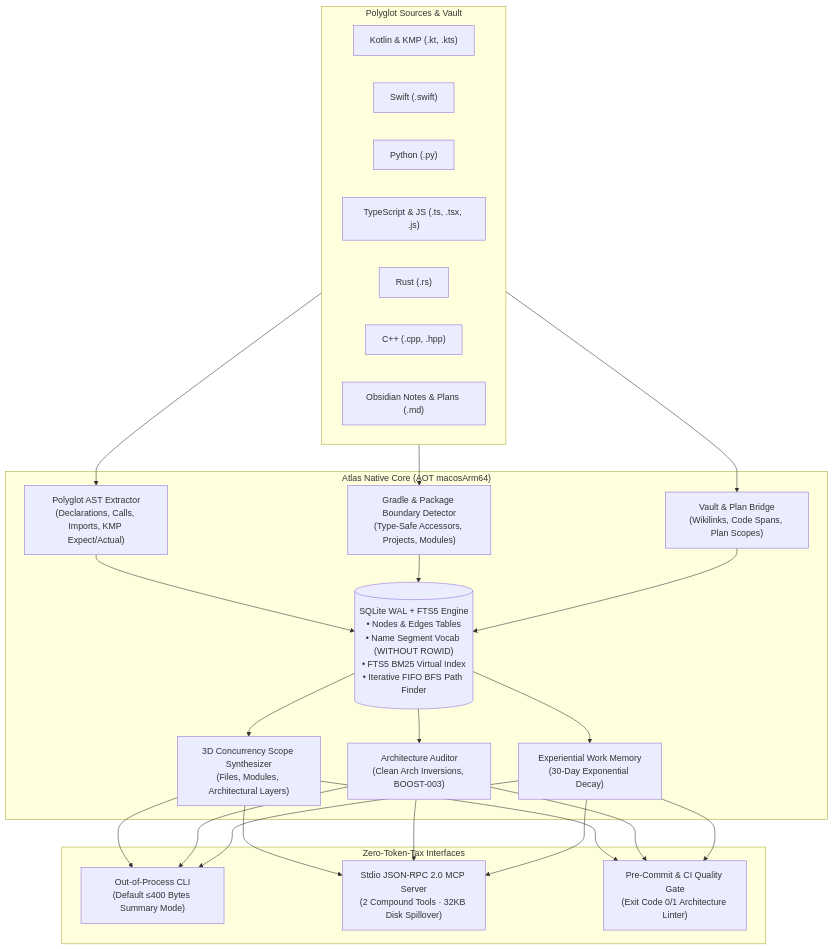
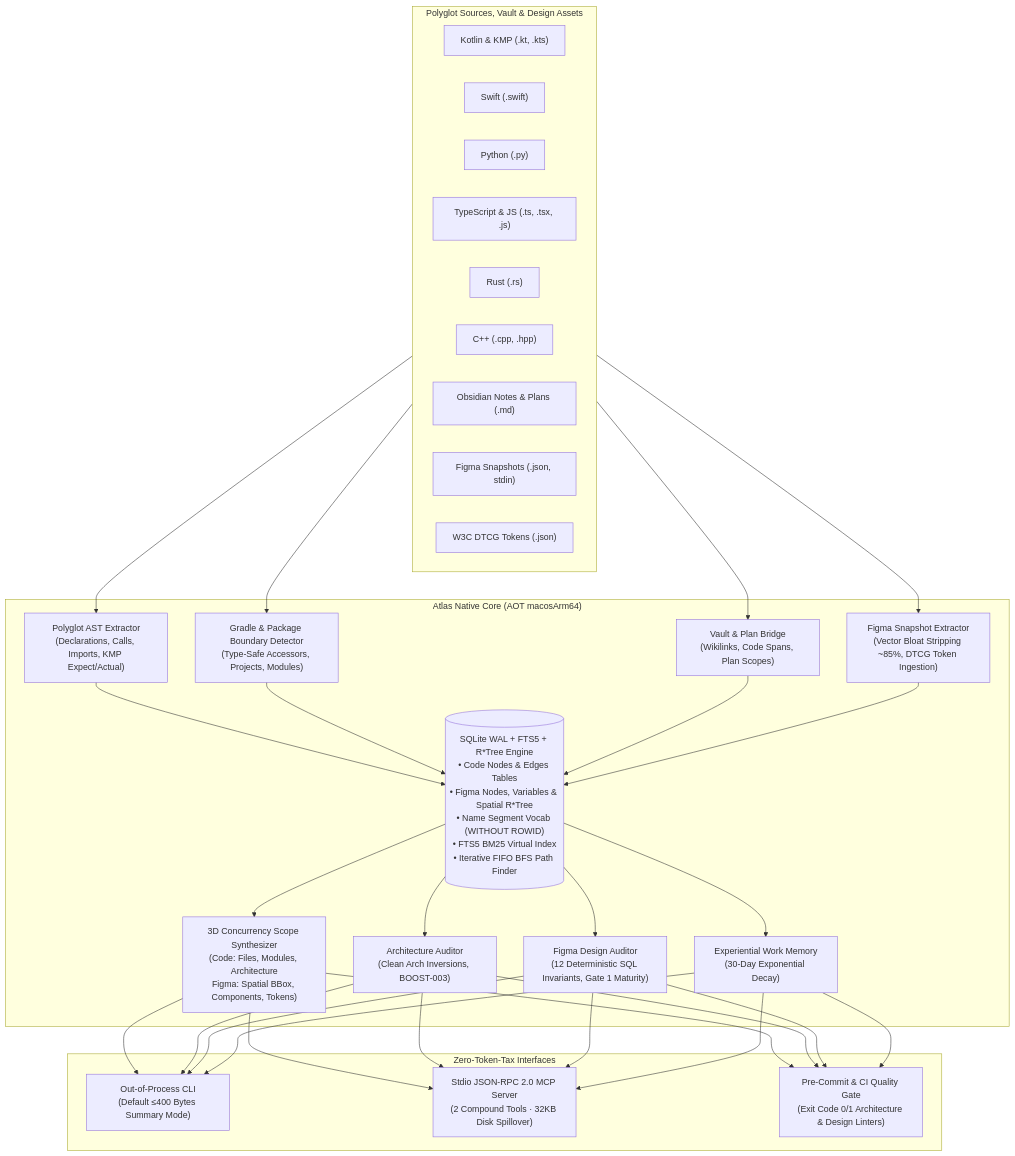
The diagram in README.md (jefferyforbes/code-atlas), drawn with Mermaid before and after one commit. The commit also changed other lines of this file and 4 other files, not shown here.

````diff
--- a/README.md
+++ b/README.md
@@ -35,35 +38,40 @@
 ```mermaid
 flowchart TD
-    subgraph Inputs["Polyglot Sources & Vault"]
+    subgraph Inputs["Polyglot Sources, Vault & Design Assets"]
         KOTLIN["Kotlin & KMP (.kt, .kts)"]
         SWIFT["Swift (.swift)"]
         PYTHON["Python (.py)"]
         TS["TypeScript & JS (.ts, .tsx, .js)"]
         RUST["Rust (.rs)"]
         CPP["C++ (.cpp, .hpp)"]
         DOCS["Obsidian Notes & Plans (.md)"]
+        FIGMA["Figma Snapshots (.json, stdin)"]
+        DTCG["W3C DTCG Tokens (.json)"]
     end
 
     subgraph Engine["Atlas Native Core (AOT macosArm64)"]
         EXTRACT["Polyglot AST Extractor<br/>(Declarations, Calls, Imports, KMP Expect/Actual)"]
         MODULES["Gradle & Package Boundary Detector<br/>(Type-Safe Accessors, Projects, Modules)"]
         BRIDGE["Vault & Plan Bridge<br/>(Wikilinks, Code Spans, Plan Scopes)"]
         
-        STORE[("SQLite WAL + FTS5 Engine<br/>• Nodes & Edges Tables<br/>• Name Segment Vocab (WITHOUT ROWID)<br/>• FTS5 BM25 Virtual Index<br/>• Iterative FIFO BFS Path Finder")]
+        FIGMA_EXTRACT["Figma Snapshot Extractor<br/>(Vector Bloat Stripping ~85%, DTCG Token Ingestion)"]
         
-        SYNTH["3D Concurrency Scope Synthesizer<br/>(Files, Modules, Architectural Layers)"]
+        STORE[("SQLite WAL + FTS5 + R*Tree Engine<br/>• Code Nodes & Edges Tables<br/>• Figma Nodes, Variables & Spatial R*Tree<br/>• Name Segment Vocab (WITHOUT ROWID)<br/>• FTS5 BM25 Virtual Index<br/>• Iterative FIFO BFS Path Finder")]
+        
+        SYNTH["3D Concurrency Scope Synthesizer<br/>(Code: Files, Modules, Architecture<br/>Figma: Spatial BBox, Components, Tokens)"]
         AUDIT["Architecture Auditor<br/>(Clean Arch Inversions, BOOST-003)"]
+        FIGMA_AUDIT["Figma Design Auditor<br/>(12 Deterministic SQL Invariants, Gate 1 Maturity)"]
         MEMORY["Experiential Work Memory<br/>(30-Day Exponential Decay)"]
     end
 
     subgraph Interfaces["Zero-Token-Tax Interfaces"]
         CLI["Out-of-Process CLI<br/>(Default ≤400 Bytes Summary Mode)"]
         MCP["Stdio JSON-RPC 2.0 MCP Server<br/>(2 Compound Tools &middot; 32KB Disk Spillover)"]
-        CI["Pre-Commit & CI Quality Gate<br/>(Exit Code 0/1 Architecture Linter)"]
+        CI["Pre-Commit & CI Quality Gate<br/>(Exit Code 0/1 Architecture & Design Linters)"]
     end
 
-    Inputs --> EXTRACT & MODULES & BRIDGE
-    EXTRACT & MODULES & BRIDGE --> STORE
-    STORE --> SYNTH & AUDIT & MEMORY
-    SYNTH & AUDIT & MEMORY --> CLI & MCP & CI
+    Inputs --> EXTRACT & MODULES & BRIDGE & FIGMA_EXTRACT
+    EXTRACT & MODULES & BRIDGE & FIGMA_EXTRACT --> STORE
+    STORE --> SYNTH & AUDIT & FIGMA_AUDIT & MEMORY
+    SYNTH & AUDIT & FIGMA_AUDIT & MEMORY --> CLI & MCP & CI
 ```
````
